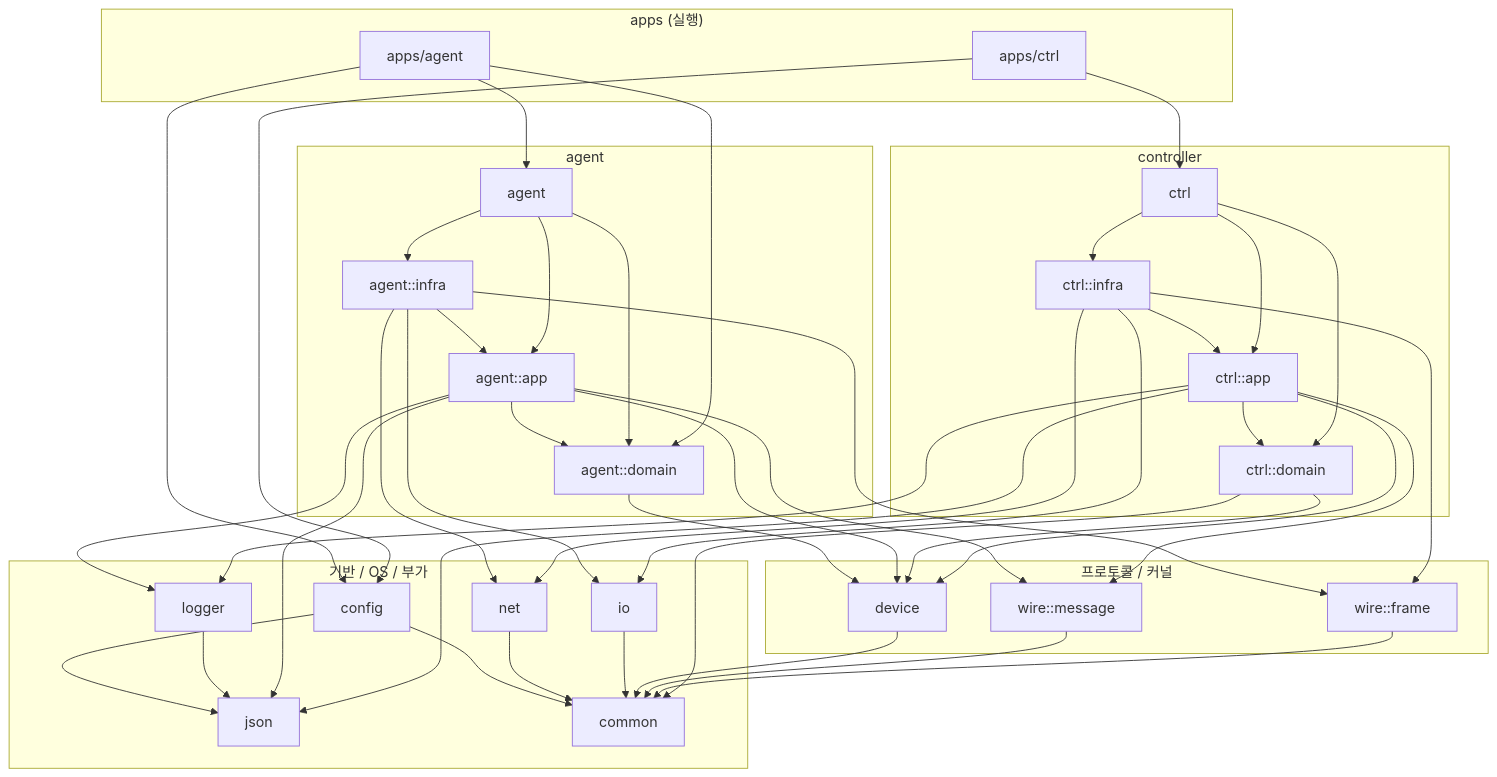
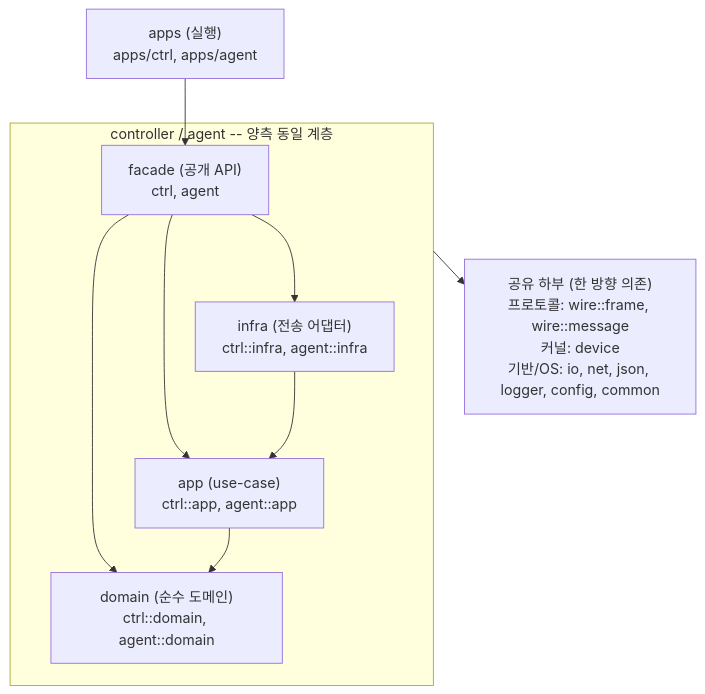
The second of 10 diagrams in docs/ARCHITECTURE.md (dnlfis42/ddcs), drawn with Mermaid before and after one commit. The commit also changed other lines of this file and 13 other files, not shown here.

````diff
--- a/docs/ARCHITECTURE.md
+++ b/docs/ARCHITECTURE.md
@@ -90,76 +93,19 @@
 ```mermaid
 graph TD
-  subgraph 실행["apps (실행)"]
-    ctrl_exe["apps/ctrl"]
-    agent_exe["apps/agent"]
+  apps["apps (실행)<br/>apps/ctrl, apps/agent"]
+  subgraph side["controller / agent -- 양측 동일 계층"]
+    facade["facade (공개 API)<br/>ctrl, agent"]
+    infra["infra (전송 어댑터)<br/>ctrl::infra, agent::infra"]
+    app["app (use-case)<br/>ctrl::app, agent::app"]
+    domain["domain (순수 도메인)<br/>ctrl::domain, agent::domain"]
+    facade --> infra
+    facade --> app
+    facade --> domain
+    infra --> app
+    app --> domain
   end
-  subgraph controller["controller"]
-    ctrl_facade["ctrl"]
-    ctrl_app["ctrl::app"]
-    ctrl_domain["ctrl::domain"]
-    ctrl_infra["ctrl::infra"]
-  end
-  subgraph agentside["agent"]
-    agent_facade["agent"]
-    agent_app["agent::app"]
-    agent_domain["agent::domain"]
-    agent_infra["agent::infra"]
-  end
-  subgraph protocol["프로토콜 / 커널"]
-    wire_frame["wire::frame"]
-    wire_message["wire::message"]
-    device["device"]
-  end
-  subgraph base["기반 / OS / 부가"]
-    io["io"]
-    net["net"]
-    json["json"]
-    logger["logger"]
-    config["config"]
-    common["common"]
-  end
+  shared["공유 하부 (한 방향 의존)<br/>프로토콜: wire::frame, wire::message<br/>커널: device<br/>기반/OS: io, net, json, logger, config, common"]
 
-  ctrl_exe --> ctrl_facade
-  ctrl_exe --> config
-  agent_exe --> agent_facade
-  agent_exe --> agent_domain
-  agent_exe --> config
-
-  ctrl_facade --> ctrl_app
-  ctrl_facade --> ctrl_infra
-  ctrl_facade --> ctrl_domain
-  ctrl_infra --> ctrl_app
-  ctrl_infra --> io
-  ctrl_infra --> net
-  ctrl_infra --> wire_frame
-  ctrl_app --> ctrl_domain
-  ctrl_app --> wire_message
-  ctrl_app --> device
-  ctrl_app --> json
-  ctrl_app --> logger
-  ctrl_domain --> device
-  ctrl_domain --> common
-
-  agent_facade --> agent_app
-  agent_facade --> agent_infra
-  agent_facade --> agent_domain
-  agent_infra --> agent_app
-  agent_infra --> io
-  agent_infra --> net
-  agent_infra --> wire_frame
-  agent_app --> agent_domain
-  agent_app --> wire_message
-  agent_app --> device
-  agent_app --> json
-  agent_app --> logger
-  agent_domain --> device
-
-  wire_frame --> common
-  wire_message --> common
-  device --> common
-  io --> common
-  net --> common
-  logger --> json
-  config --> json
-  config --> common
+  apps --> facade
+  side --> shared
 ```
````
